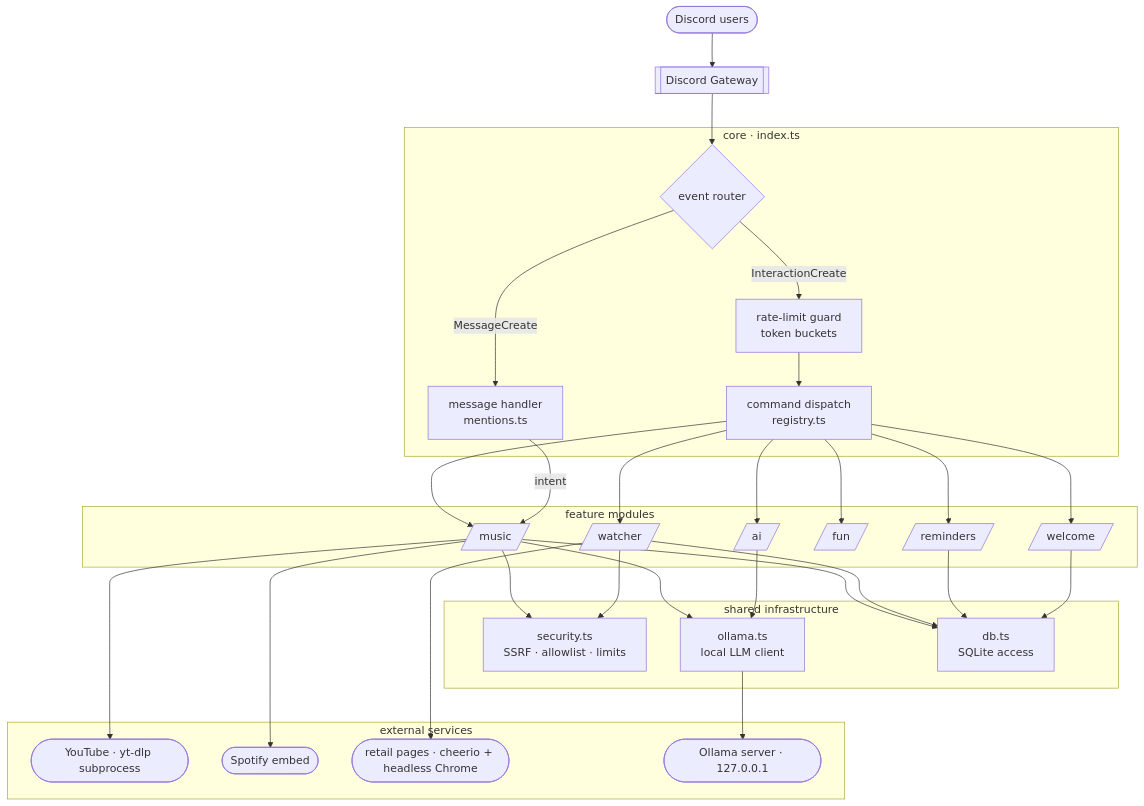
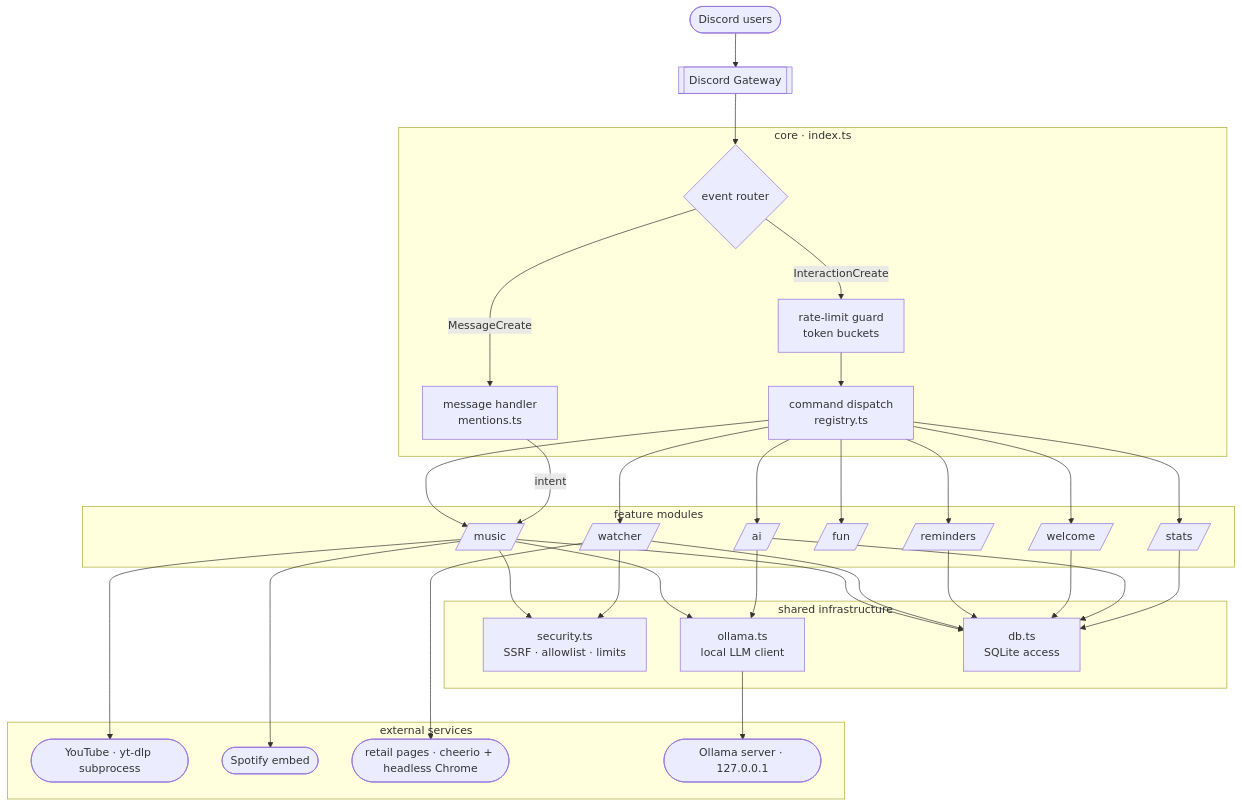
One commit to emerson-d-lopes/camelo-discord-bot changed the first of 4 diagrams in README.md. Above: the diagram before and after it, drawn with Mermaid. The commit also changed other lines of this file and 5 other files, not shown here.

````diff
--- a/README.md
+++ b/README.md
@@ -61,46 +62,48 @@
 ```mermaid
 flowchart TB
   users([Discord users]) --> gw[[Discord Gateway]]
 
   subgraph core["core · index.ts"]
     router{event router}
     rl["rate-limit guard<br/>token buckets"]
     disp["command dispatch<br/>registry.ts"]
     msg["message handler<br/>mentions.ts"]
     router -->|InteractionCreate| rl --> disp
     router -->|MessageCreate| msg
   end
   gw --> router
 
   subgraph mods["feature modules"]
     music[/music/]
     watch[/watcher/]
     rem[/reminders/]
     fun[/fun/]
     wel[/welcome/]
     ai[/ai/]
+    st[/stats/]
   end
-  disp --> music & watch & rem & fun & wel & ai
+  disp --> music & watch & rem & fun & wel & ai & st
   msg -->|intent| music
 
   subgraph infra["shared infrastructure"]
     sec["security.ts<br/>SSRF · allowlist · limits"]
     oll["ollama.ts<br/>local LLM client"]
     db["db.ts<br/>SQLite access"]
   end
   music --> sec & oll & db
   watch --> sec & db
   rem --> db
   wel --> db
-  ai --> oll
+  ai --> oll & db
+  st --> db
 
   subgraph out["external services"]
     yt(["YouTube · yt-dlp subprocess"])
     sp(["Spotify embed"])
     shop(["retail pages · cheerio + headless Chrome"])
     olls(["Ollama server · 127.0.0.1"])
   end
   music --> yt & sp
   watch --> shop
   oll --> olls
 ```
````
